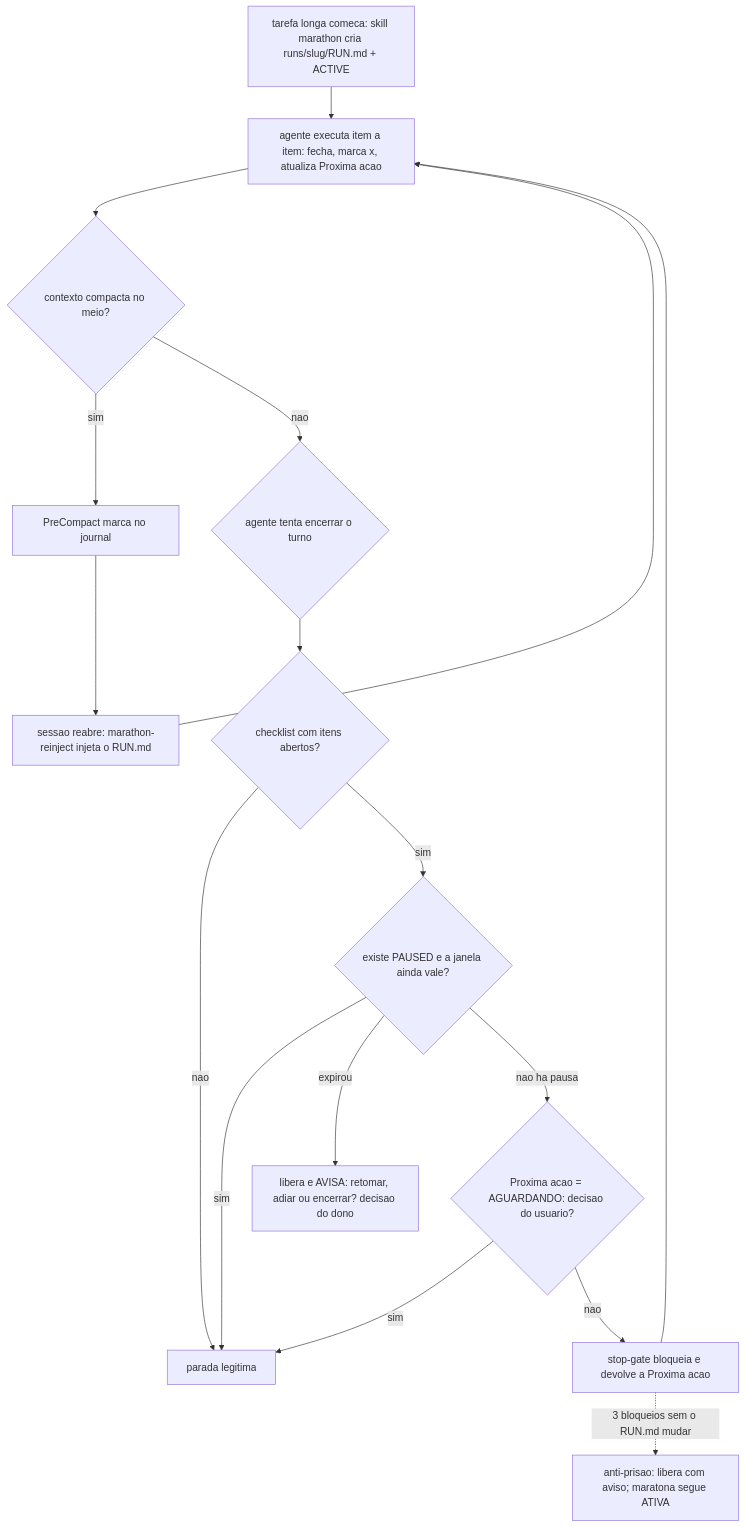
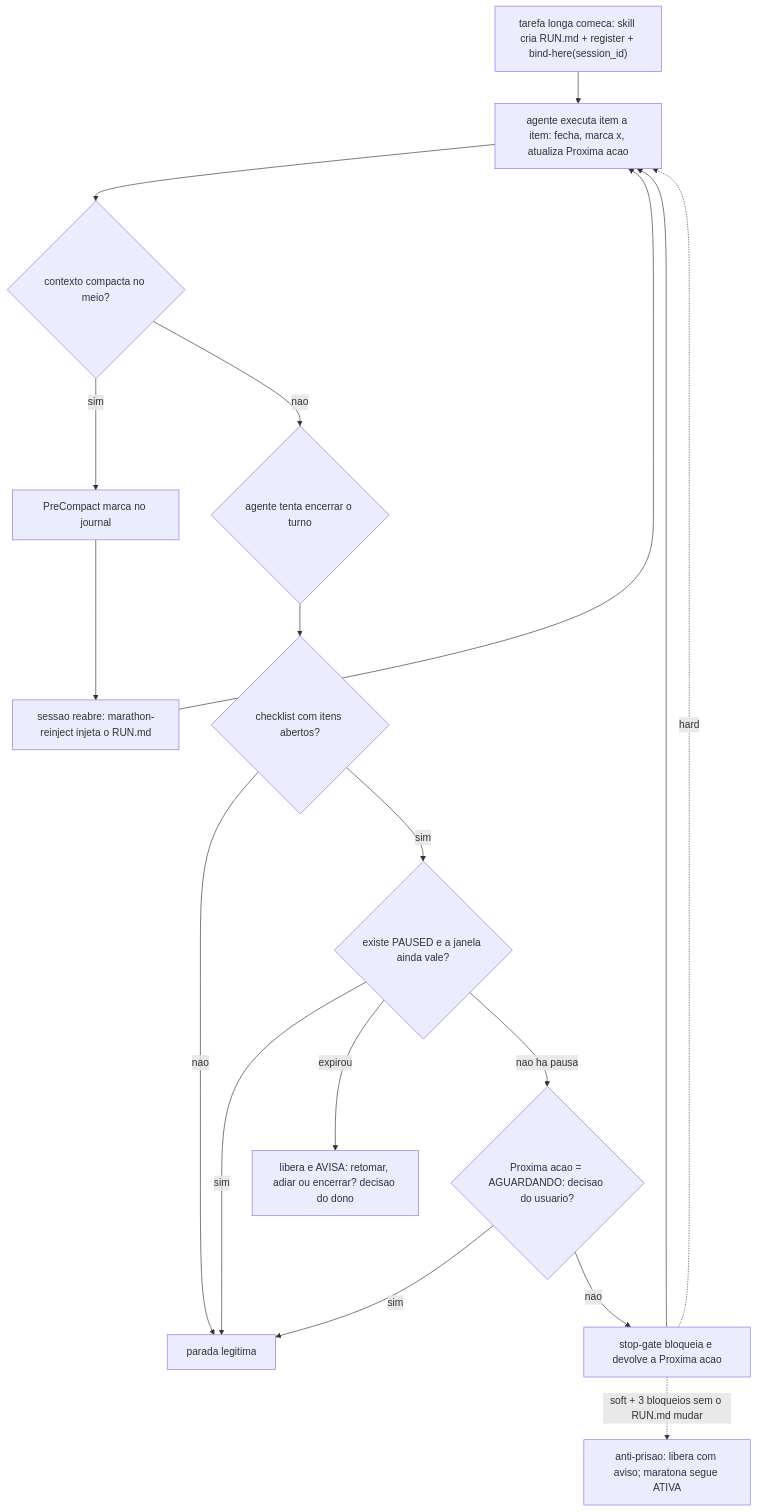
Before and after one commit to gutocarollo/orions-belt: the first of 2 diagrams in docs/manual/08-marathon-e-loops.md, drawn with Mermaid. The commit also changed other lines of this file and 12 other files, not shown here.

Commit message:
fix: isolate concurrent marathons by session and run id

````diff
--- a/docs/manual/08-marathon-e-loops.md
+++ b/docs/manual/08-marathon-e-loops.md
@@ -31,19 +37,20 @@
 ```mermaid
 flowchart TD
-    A["tarefa longa comeca: skill marathon cria runs/slug/RUN.md + ACTIVE"] --> B["agente executa item a item: fecha, marca x, atualiza Proxima acao"]
+    A["tarefa longa comeca: skill cria RUN.md + register + bind-here(session_id)"] --> B["agente executa item a item: fecha, marca x, atualiza Proxima acao"]
     B --> C{"contexto compacta no meio?"}
     C -- "sim" --> D["PreCompact marca no journal"]
     D --> E["sessao reabre: marathon-reinject injeta o RUN.md"]
     E --> B
     C -- "nao" --> F{"agente tenta encerrar o turno"}
     F --> G{"checklist com itens abertos?"}
     G -- "nao" --> H["parada legitima"]
     G -- "sim" --> P{"existe PAUSED e a janela ainda vale?"}
     P -- "sim" --> H
     P -- "expirou" --> Q["libera e AVISA: retomar, adiar ou encerrar? decisao do dono"]
     P -- "nao ha pausa" --> I{"Proxima acao = AGUARDANDO: decisao do usuario?"}
     I -- "sim" --> H
     I -- "nao" --> J["stop-gate bloqueia e devolve a Proxima acao"]
     J --> B
-    J -. "3 bloqueios sem o RUN.md mudar" .-> K["anti-prisao: libera com aviso; maratona segue ATIVA"]
+    J -. "soft + 3 bloqueios sem o RUN.md mudar" .-> K["anti-prisao: libera com aviso; maratona segue ATIVA"]
+    J -. "hard" .-> B
 ```
````
